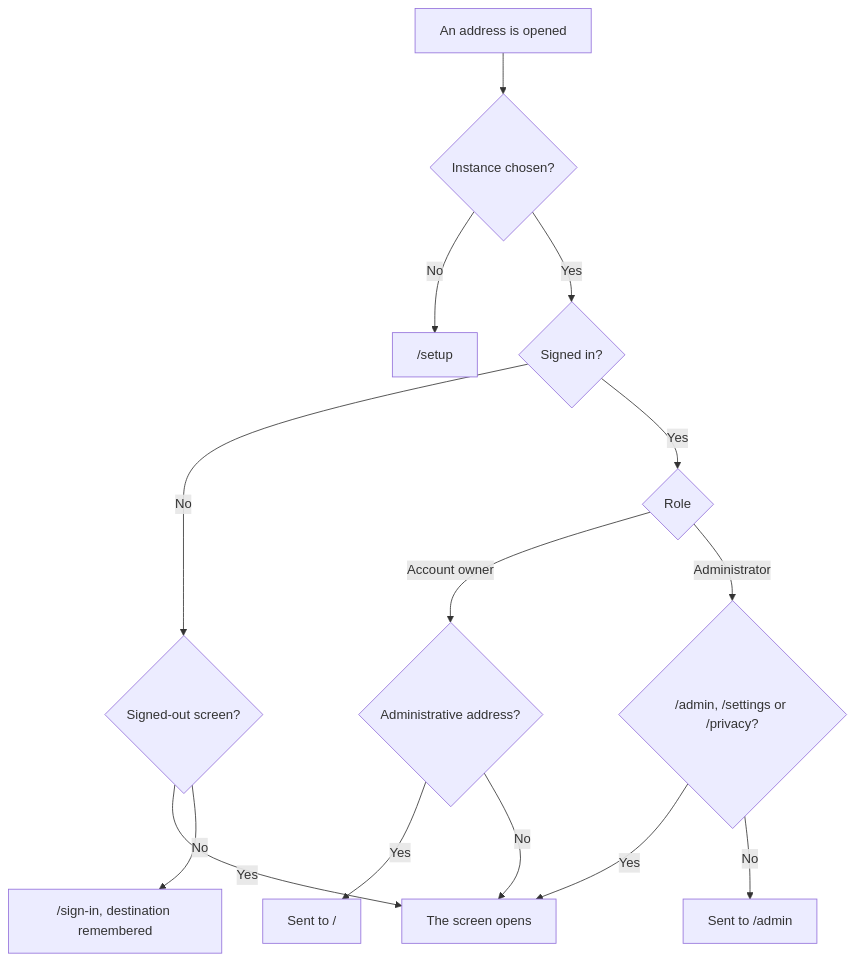
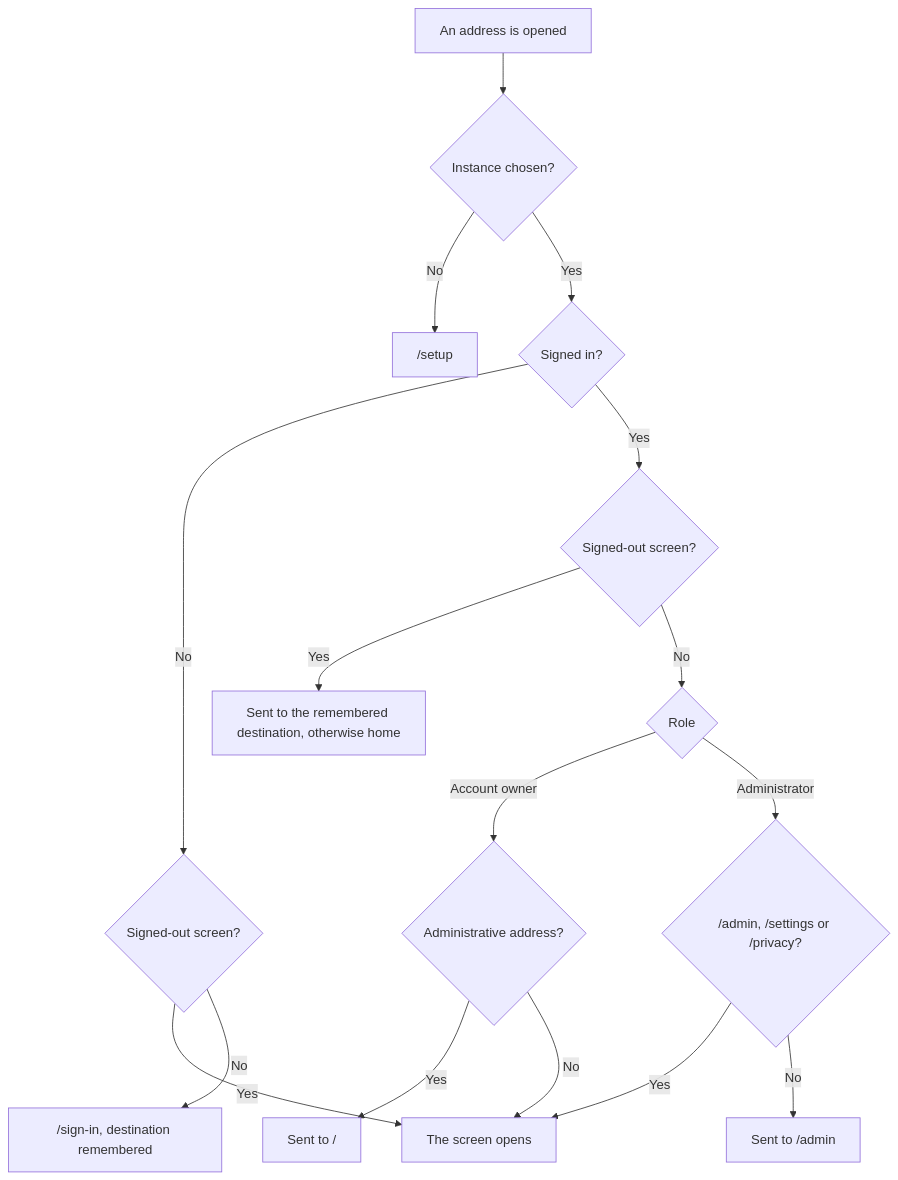
Before and after one commit to artur-rios/fortuna-docs: the diagram in content/en/docs/user-guide/_index.md, drawn with Mermaid. The commit also changed other lines of this file and 5 other files, not shown here.

````diff
--- a/content/en/docs/user-guide/_index.md
+++ b/content/en/docs/user-guide/_index.md
@@ -80,16 +81,18 @@
 ```mermaid
 flowchart TD
     A["An address is opened"] --> B{"Instance chosen?"}
     B -- "No" --> S["/setup"]
     B -- "Yes" --> C{"Signed in?"}
     C -- "No" --> D{"Signed-out screen?"}
     D -- "Yes" --> OK["The screen opens"]
     D -- "No" --> L["/sign-in, destination remembered"]
-    C -- "Yes" --> R{"Role"}
+    C -- "Yes" --> Q{"Signed-out screen?"}
+    Q -- "Yes" --> W["Sent to the remembered destination, otherwise home"]
+    Q -- "No" --> R{"Role"}
     R -- "Account owner" --> O{"Administrative address?"}
     O -- "Yes" --> H1["Sent to /"]
     O -- "No" --> OK
     R -- "Administrator" --> P{"/admin, /settings or /privacy?"}
     P -- "Yes" --> OK
     P -- "No" --> H2["Sent to /admin"]
 ```
````
